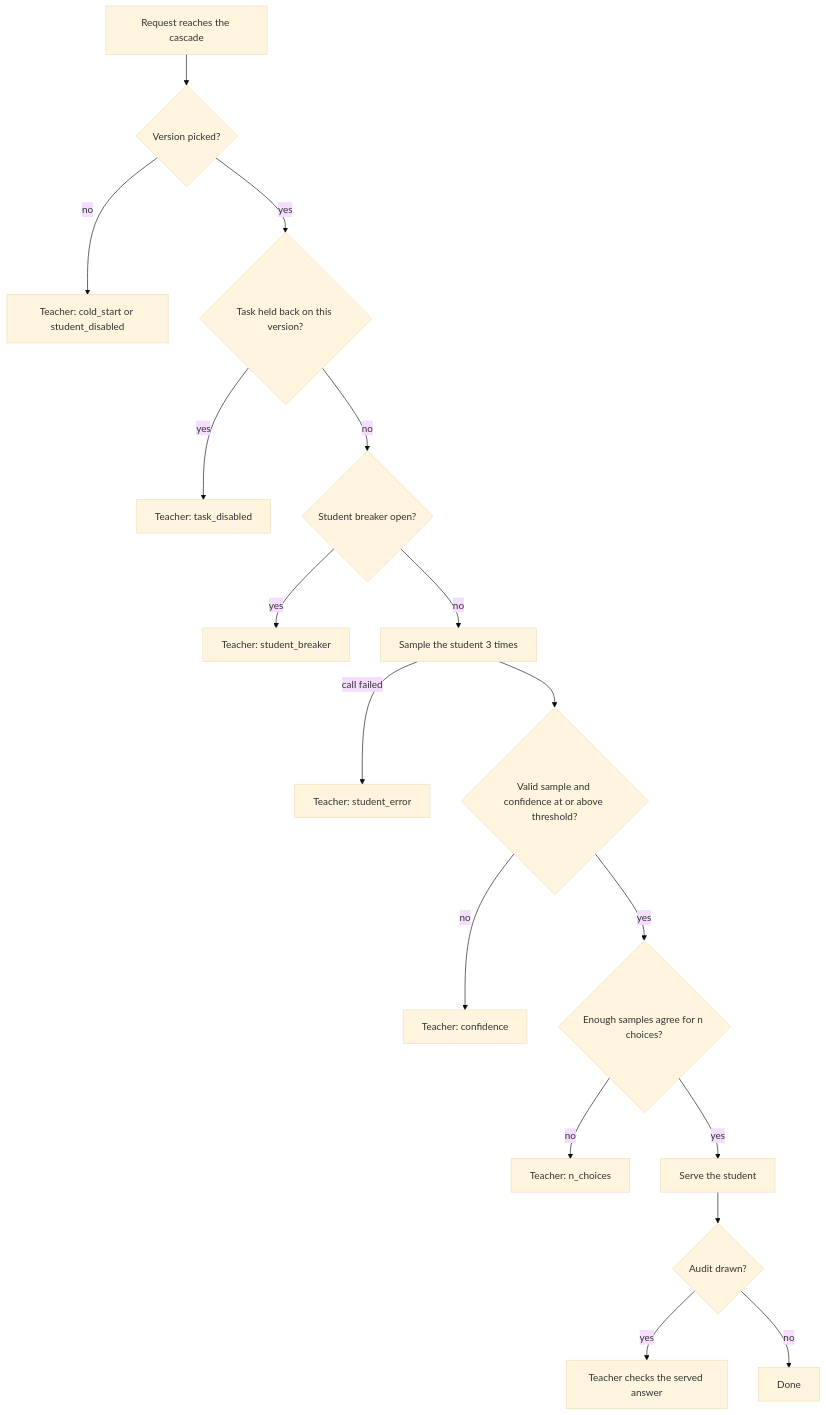
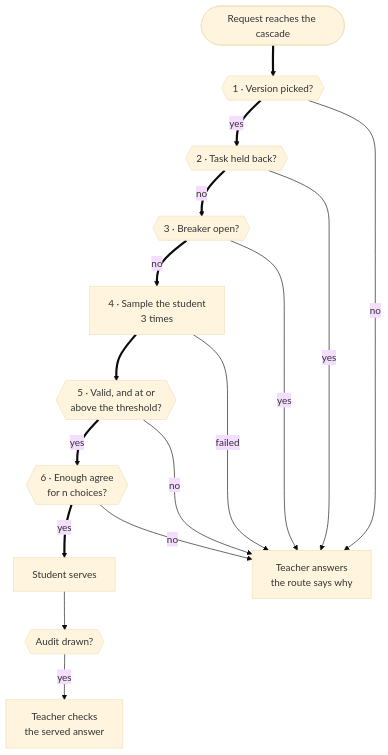
One commit to harshbhx/ratchet changed the first of 5 diagrams in docs-site/src/content/docs/guides/escalation-and-audits.mdx. Above: the diagram before and after it, drawn with Mermaid (base theme). The commit also changed other lines of this file and 25 other files, not shown here.

````diff
--- a/docs-site/src/content/docs/guides/escalation-and-audits.mdx
+++ b/docs-site/src/content/docs/guides/escalation-and-audits.mdx
@@ -29,19 +36,23 @@
 ```mermaid
-flowchart TD
-    A["Request reaches the cascade"] --> B{"Version picked?"}
-    B -->|no| T0["Teacher: cold_start or student_disabled"]
-    B -->|yes| C{"Task held back on this version?"}
-    C -->|yes| T1["Teacher: task_disabled"]
-    C -->|no| D{"Student breaker open?"}
-    D -->|yes| T2["Teacher: student_breaker"]
-    D -->|no| E["Sample the student 3 times"]
-    E -->|call failed| T3["Teacher: student_error"]
-    E --> F{"Valid sample and confidence at or above threshold?"}
-    F -->|no| T4["Teacher: confidence"]
-    F -->|yes| G{"Enough samples agree for n choices?"}
-    G -->|no| T5["Teacher: n_choices"]
-    G -->|yes| H["Serve the student"]
-    H --> I{"Audit drawn?"}
-    I -->|yes| J["Teacher checks the served answer"]
-    I -->|no| K["Done"]
+flowchart TB
+  A(["Request reaches the cascade"]) ==> B{{"1 · Version picked?"}}
+  B ==>|yes| C{{"2 · Task held back?"}}
+  C ==>|no| D{{"3 · Breaker open?"}}
+  D ==>|no| E["4 · Sample the student<br/>3 times"]
+  E ==> F{{"5 · Valid, and at or<br/>above the threshold?"}}
+  F ==>|yes| G{{"6 · Enough agree<br/>for n choices?"}}
+  G ==>|yes| H["Student serves"]
+  H --> I{{"Audit drawn?"}}
+  I -->|yes| J["Teacher checks<br/>the served answer"]
+  B -->|no| T["Teacher answers<br/>the route says why"]
+  C -->|yes| T
+  D -->|yes| T
+  E -->|failed| T
+  F -->|no| T
+  G -->|no| T
+
+  class A neutral
+  class B,C,D,F,G,I gate
+  class E,H student
+  class T,J teacher
 ```
````
